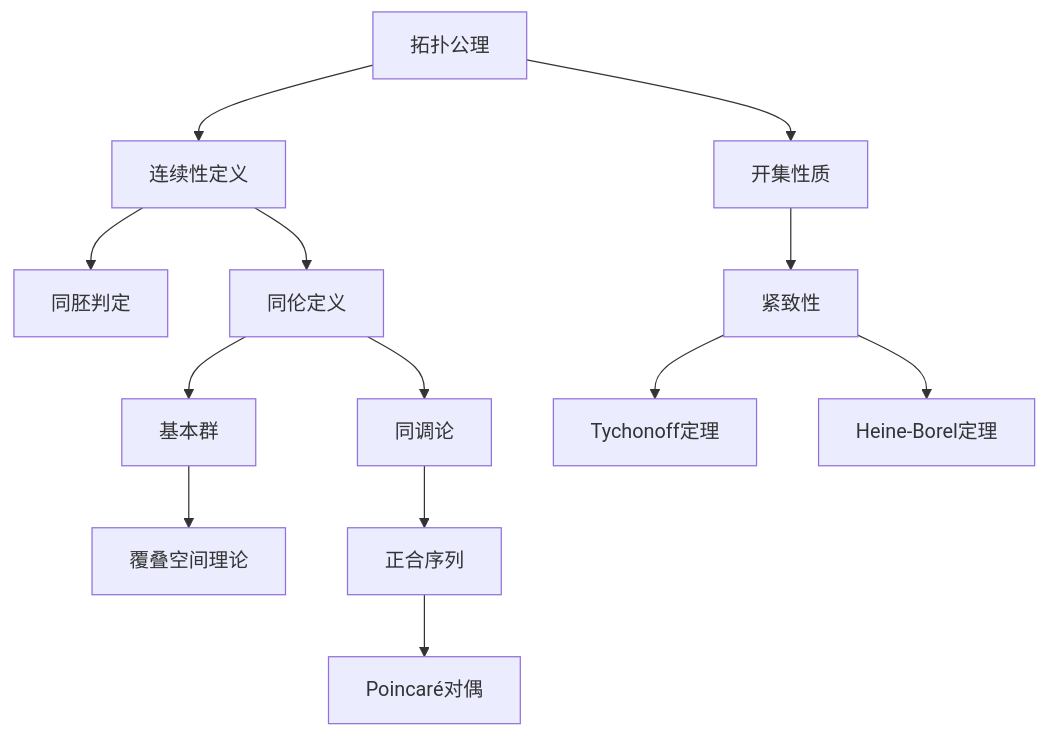
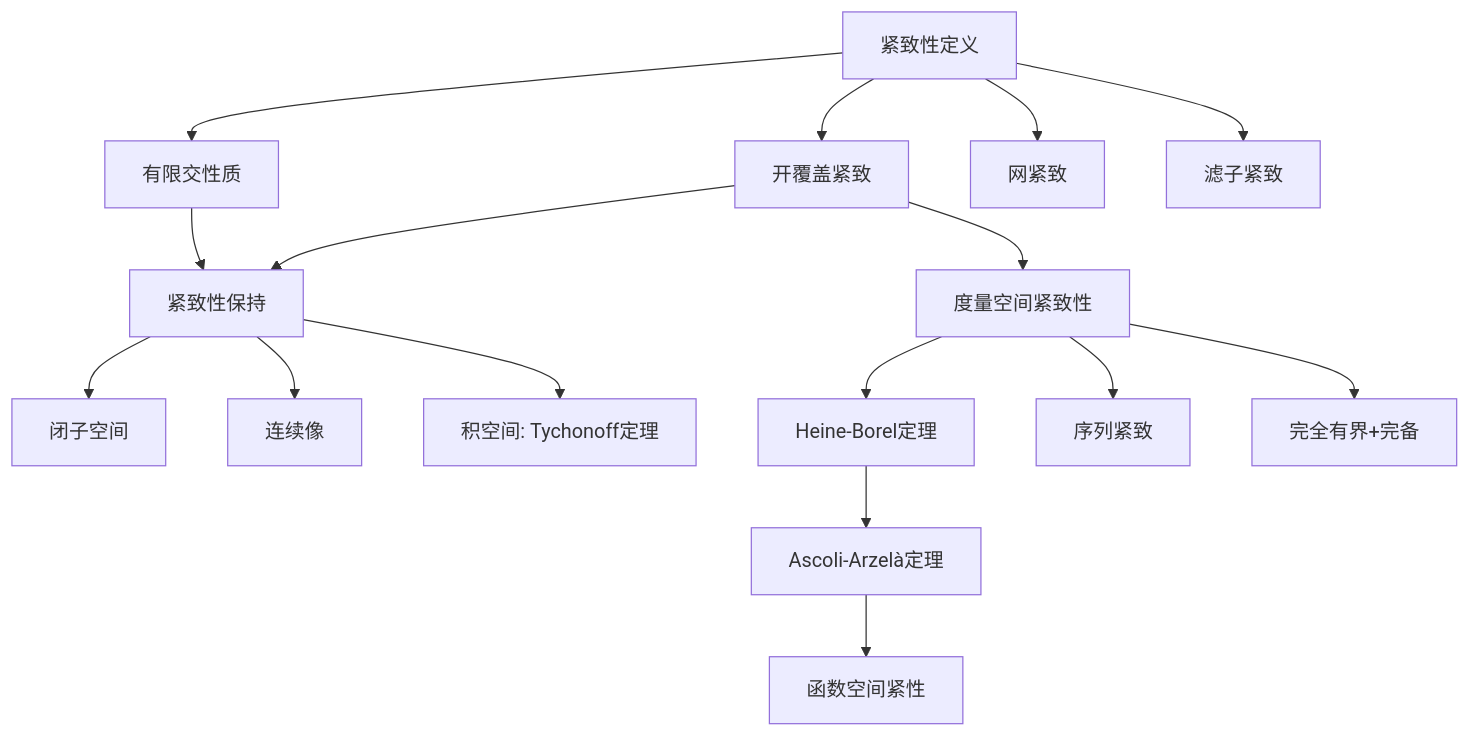
One commit to AdaMartin18010/FormalMath changed the sixth of 10 diagrams in docs/00-推理判断树/03-拓扑学推理树.md. Above: the diagram before and after it, drawn with Mermaid. The commit also changed other lines of this file and 107 other files, not shown here.

````diff
--- a/docs/00-推理判断树/03-拓扑学推理树.md
+++ b/docs/00-推理判断树/03-拓扑学推理树.md
@@ -403,15 +308,22 @@
 ```mermaid
 graph TD
-    A[拓扑公理] --> B[连续性定义]
-    A --> C[开集性质]
-    B --> D[同胚判定]
-    B --> E[同伦定义]
-    E --> F[基本群]
-    F --> G[覆叠空间理论]
-    C --> H[紧致性]
-    H --> I[Tychonoff定理]
-    H --> J[Heine-Borel定理]
-    E --> K[同调论]
-    K --> L[正合序列]
-    L --> M[Poincaré对偶]
+    A[紧致性定义] --> B[开覆盖紧致]
+    A --> C[有限交性质]
+    A --> D[网紧致]
+    A --> E[滤子紧致]
+    
+    B --> F[紧致性保持]
+    C --> F
+    
+    F --> G[闭子空间]
+    F --> H[连续像]
+    F --> I[积空间: Tychonoff定理]
+    
+    B --> J[度量空间紧致性]
+    J --> K[Heine-Borel定理]
+    J --> L[序列紧致]
+    J --> M[完全有界+完备]
+    
+    K --> N[Ascoli-Arzelà定理]
+    N --> O[函数空间紧性]
 ```
````
